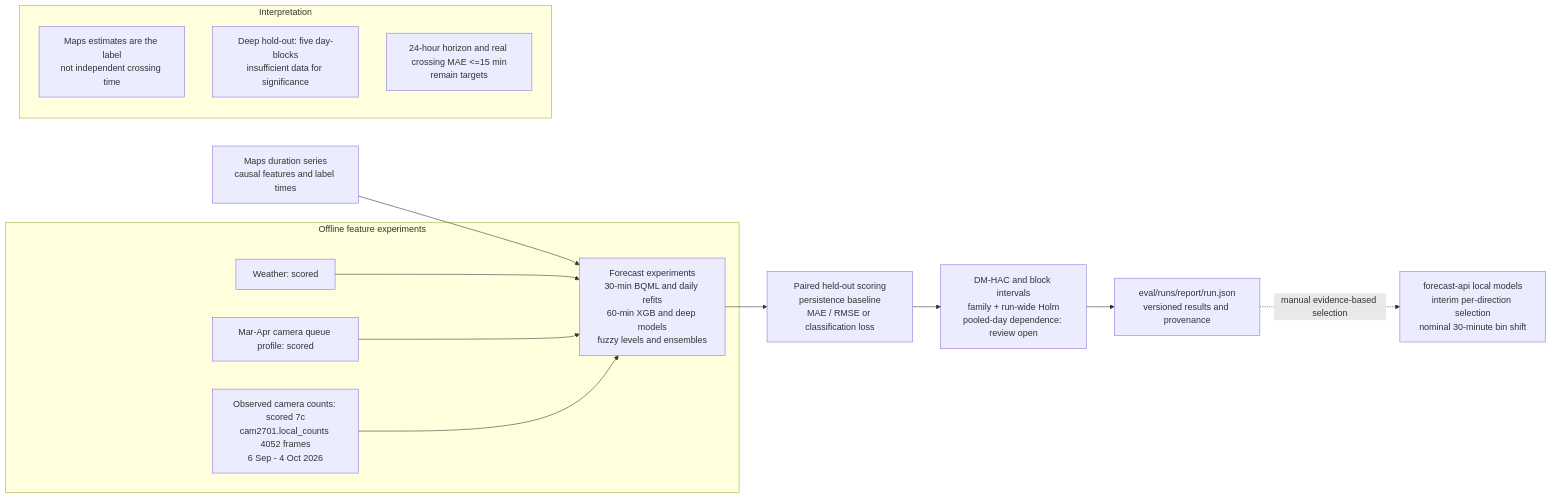
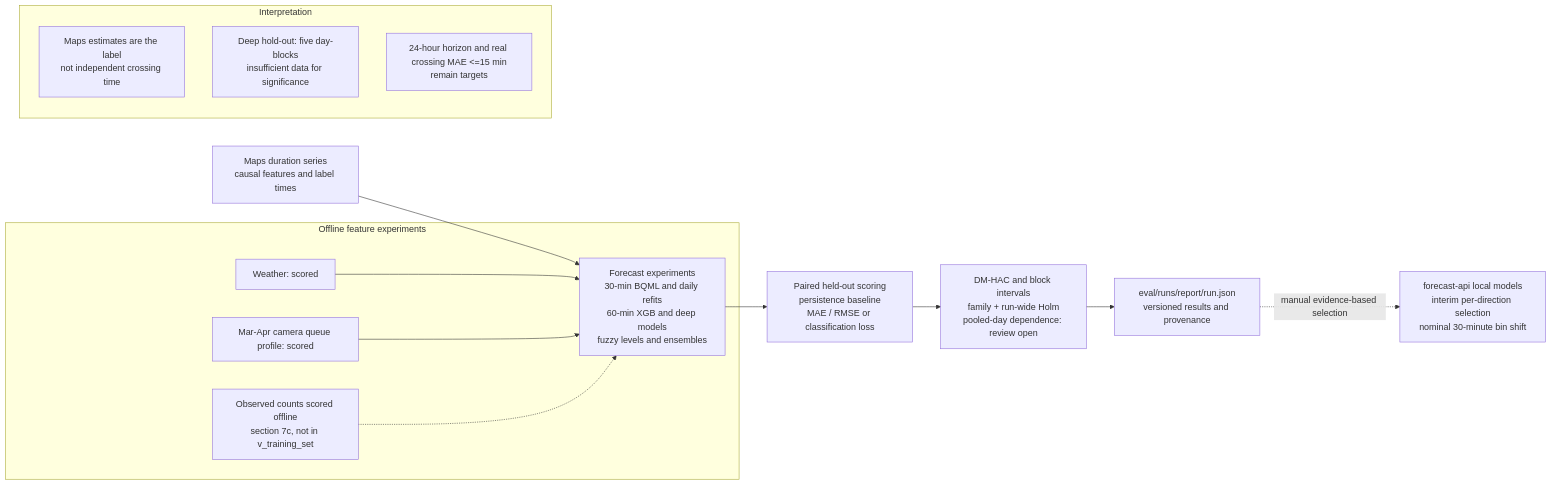
The second of 2 diagrams in docs/evaluation.md (sozuken-max/swiftborder), drawn with Mermaid before and after one commit. The commit also changed other lines of this file and 23 other files, not shown here.

````diff
--- a/docs/evaluation.md
+++ b/docs/evaluation.md
@@ -174,18 +200,18 @@
 ```mermaid
 flowchart LR
   DATA["Maps duration series<br/>causal features and label times"] --> MODELS["Forecast experiments<br/>30-min BQML and daily refits<br/>60-min XGB and deep models<br/>fuzzy levels and ensembles"]
   MODELS --> SCORE["Paired held-out scoring<br/>persistence baseline<br/>MAE / RMSE or classification loss"]
   SCORE --> SIG["DM-HAC and block intervals<br/>family + run-wide Holm<br/>pooled-day dependence: review open"]
   SIG --> REPORT["eval/runs/report/run.json<br/>versioned results and provenance"]
   REPORT -.->|"manual evidence-based selection"| SERVE["forecast-api local models<br/>interim per-direction selection<br/>nominal 30-minute bin shift"]
   subgraph INPUTS["Offline feature experiments"]
     WX["Weather: scored"] --> MODELS
     PROFILE["Mar-Apr camera queue profile: scored"] --> MODELS
-    CAMERA["Observed camera counts: scored 7c<br/>cam2701.local_counts 4052 frames<br/>6 Sep - 4 Oct 2026"] --> MODELS
+    CAMERA["Observed counts scored offline<br/>section 7c, not in v_training_set"] -.-> MODELS
   end
   subgraph LIMITS["Interpretation"]
     L1["Maps estimates are the label<br/>not independent crossing time"]
     L2["Deep hold-out: five day-blocks<br/>insufficient data for significance"]
     L3["24-hour horizon and real crossing MAE <=15 min<br/>remain targets"]
   end
 ```
````
